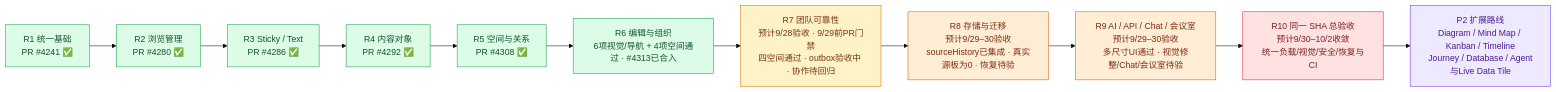
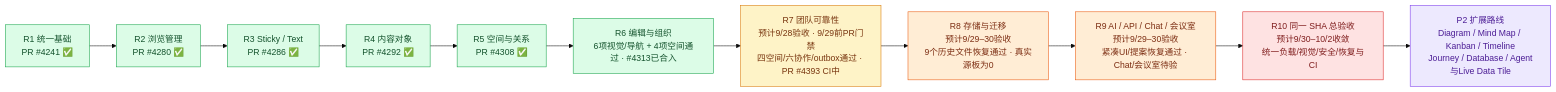
The first of 4 diagrams in phases/phase-19-board-visual-workspace/design-deltas/2026-09-26-unified-board-plan.md (boardx/workspacex), drawn with Mermaid (base theme) before and after one commit.

Commit message:
docs(board): track R7 PR and verified history recovery

````diff
--- a/phases/phase-19-board-visual-workspace/design-deltas/2026-09-26-unified-board-plan.md
+++ b/phases/phase-19-board-visual-workspace/design-deltas/2026-09-26-unified-board-plan.md
@@ -25,20 +25,20 @@
 ```mermaid
 flowchart LR
   R1["R1 统一基础<br/>PR #4241 ✅"]:::merged --> R2["R2 浏览管理<br/>PR #4280 ✅"]:::merged
   R2 --> R3["R3 Sticky / Text<br/>PR #4286 ✅"]:::merged
   R3 --> R4["R4 内容对象<br/>PR #4292 ✅"]:::merged
   R4 --> R5["R5 空间与关系<br/>PR #4308 ✅"]:::merged
   R5 --> R6["R6 编辑与组织<br/>6项视觉/导航 + 4项空间通过 · #4313已合入"]:::merged
-  R6 --> R7["R7 团队可靠性<br/>预计9/28验收 · 9/29前PR门禁<br/>四空间通过 · outbox验收中 · 协作待回归"]:::accepting
-  R7 --> R8["R8 存储与迁移<br/>预计9/29–30验收<br/>sourceHistory已集成 · 真实源板为0 · 恢复待验"]:::working
-  R8 --> R9["R9 AI / API / Chat / 会议室<br/>预计9/29–30验收<br/>多尺寸UI通过 · 视觉修整/Chat/会议室待验"]:::working
+  R6 --> R7["R7 团队可靠性<br/>预计9/28验收 · 9/29前PR门禁<br/>四空间/六协作/outbox通过 · PR #4393 CI中"]:::accepting
+  R7 --> R8["R8 存储与迁移<br/>预计9/29–30验收<br/>9个历史文件恢复通过 · 真实源板为0"]:::working
+  R8 --> R9["R9 AI / API / Chat / 会议室<br/>预计9/29–30验收<br/>紧凑UI/提案恢复通过 · Chat/会议室待验"]:::working
   R9 --> R10["R10 同一 SHA 总验收<br/>预计9/30–10/2收敛<br/>统一负载/视觉/安全/恢复与CI"]:::blocked
   R10 --> P2["P2 扩展路线<br/>Diagram / Mind Map / Kanban / Timeline<br/>Journey / Database / Agent与Live Data Tile"]:::future
   classDef merged fill:#dcfce7,stroke:#16a34a,color:#14532d
   classDef accepting fill:#fef3c7,stroke:#d97706,color:#78350f
   classDef ready fill:#dbeafe,stroke:#2563eb,color:#1e3a8a
   classDef working fill:#ffedd5,stroke:#ea580c,color:#7c2d12
   classDef blocked fill:#fee2e2,stroke:#dc2626,color:#7f1d1d
   classDef todo fill:#f1f5f9,stroke:#64748b,color:#334155
   classDef future fill:#ede9fe,stroke:#7c3aed,color:#4c1d95
 ```
````
